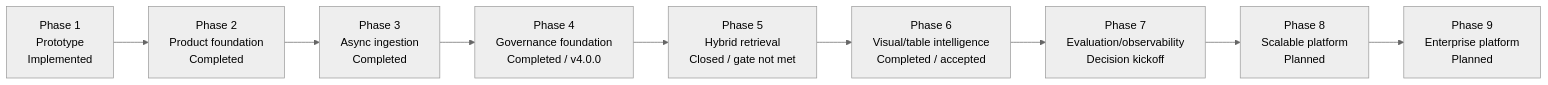
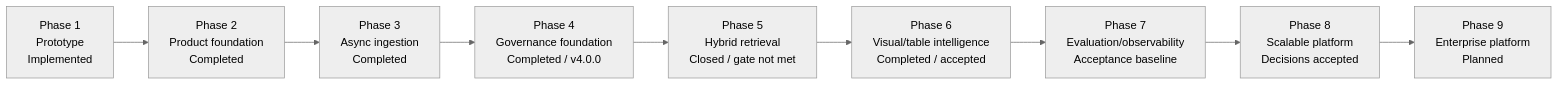
The second of 11 diagrams in mm-rag-full-stack-genai-bootcamp-3.0/docs/architecture/ARCHITECTURE.md (mvyas412/ai-projects), drawn with Mermaid (neutral theme) before and after one commit. The commit also changed other lines of this file and 67 other files, not shown here.

````diff
--- a/mm-rag-full-stack-genai-bootcamp-3.0/docs/architecture/ARCHITECTURE.md
+++ b/mm-rag-full-stack-genai-bootcamp-3.0/docs/architecture/ARCHITECTURE.md
@@ -186,12 +186,12 @@
 ```mermaid
 flowchart LR
     p1["Phase 1<br/>Prototype<br/>Implemented"] -->
     p2["Phase 2<br/>Product foundation<br/>Completed"] -->
     p3["Phase 3<br/>Async ingestion<br/>Completed"] -->
     p4["Phase 4<br/>Governance foundation<br/>Completed / v4.0.0"] -->
     p5["Phase 5<br/>Hybrid retrieval<br/>Closed / gate not met"] -->
     p6["Phase 6<br/>Visual/table intelligence<br/>Completed / accepted"] -->
-    p7["Phase 7<br/>Evaluation/observability<br/>Decision kickoff"] -->
-    p8["Phase 8<br/>Scalable platform<br/>Planned"] -->
+    p7["Phase 7<br/>Evaluation/observability<br/>Acceptance baseline"] -->
+    p8["Phase 8<br/>Scalable platform<br/>Decisions accepted"] -->
     p9["Phase 9<br/>Enterprise platform<br/>Planned"]
 ```
````
